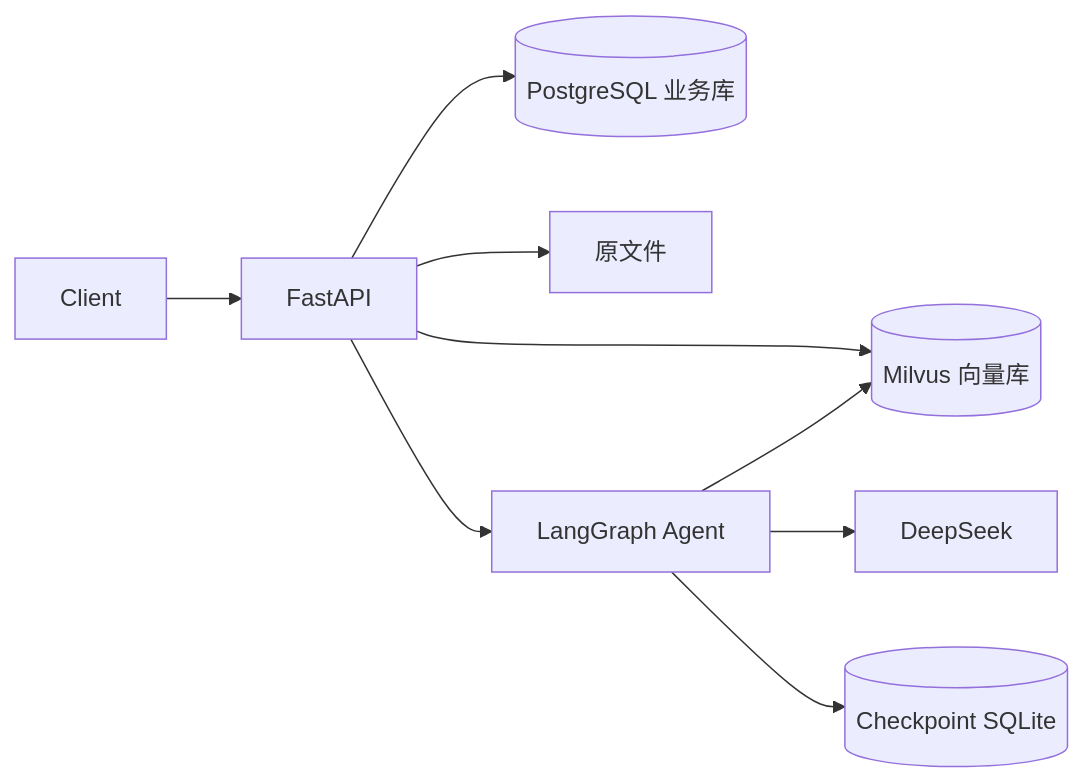
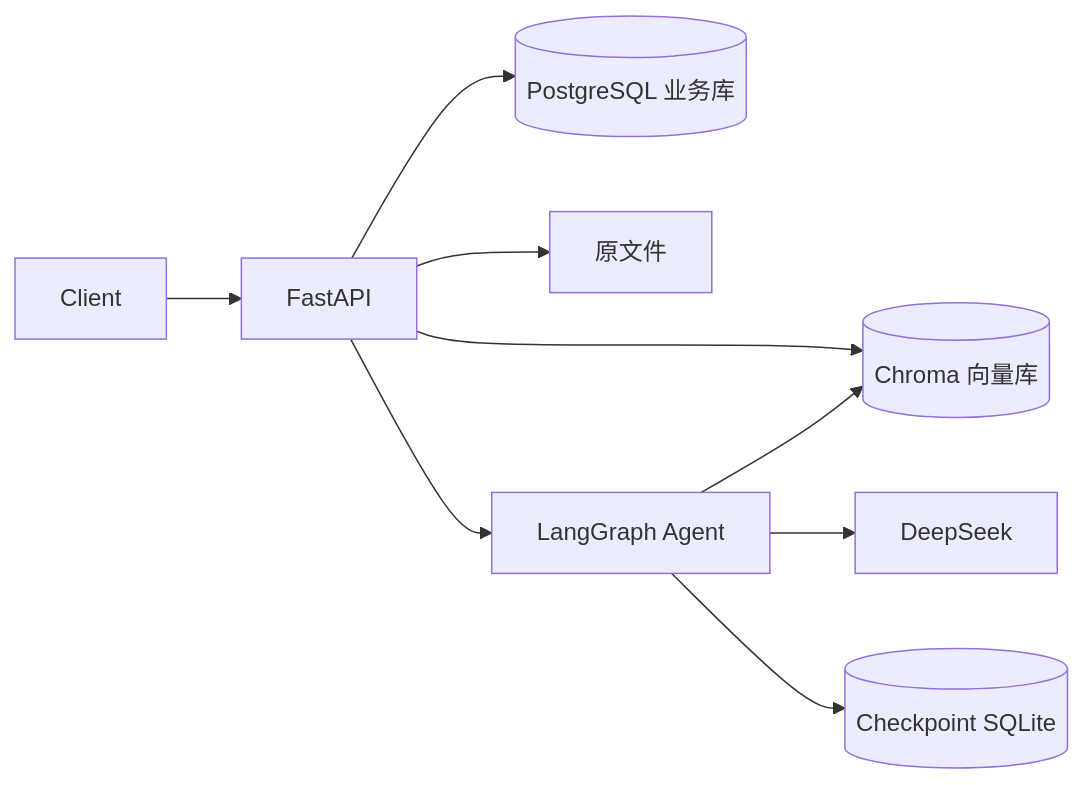
One commit to yabuki-jou/mini-rag-milvus changed the diagram in README.md. Above: the diagram before and after it, drawn with Mermaid. The commit also changed other lines of this file and 70 other files, not shown here.

````diff
--- a/README.md
+++ b/README.md
@@ -13,11 +20,11 @@
 ```mermaid
 flowchart LR
     Client --> FastAPI
     FastAPI --> PostgreSQL[(PostgreSQL 业务库)]
     FastAPI --> Files[原文件]
-    FastAPI --> Milvus[(Milvus 向量库)]
+    FastAPI --> Chroma[(Chroma 向量库)]
     FastAPI --> Graph[LangGraph Agent]
     Graph --> DeepSeek
     Graph --> Checkpoint[(Checkpoint SQLite)]
-    Graph --> Milvus
+    Graph --> Chroma
 ```
````
